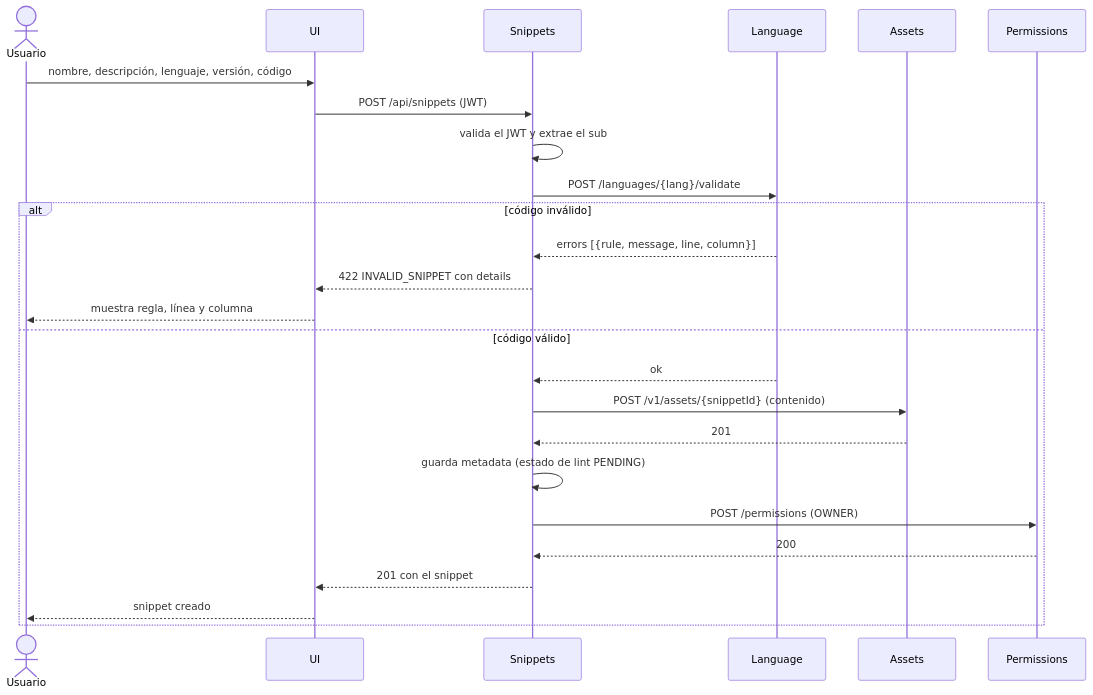
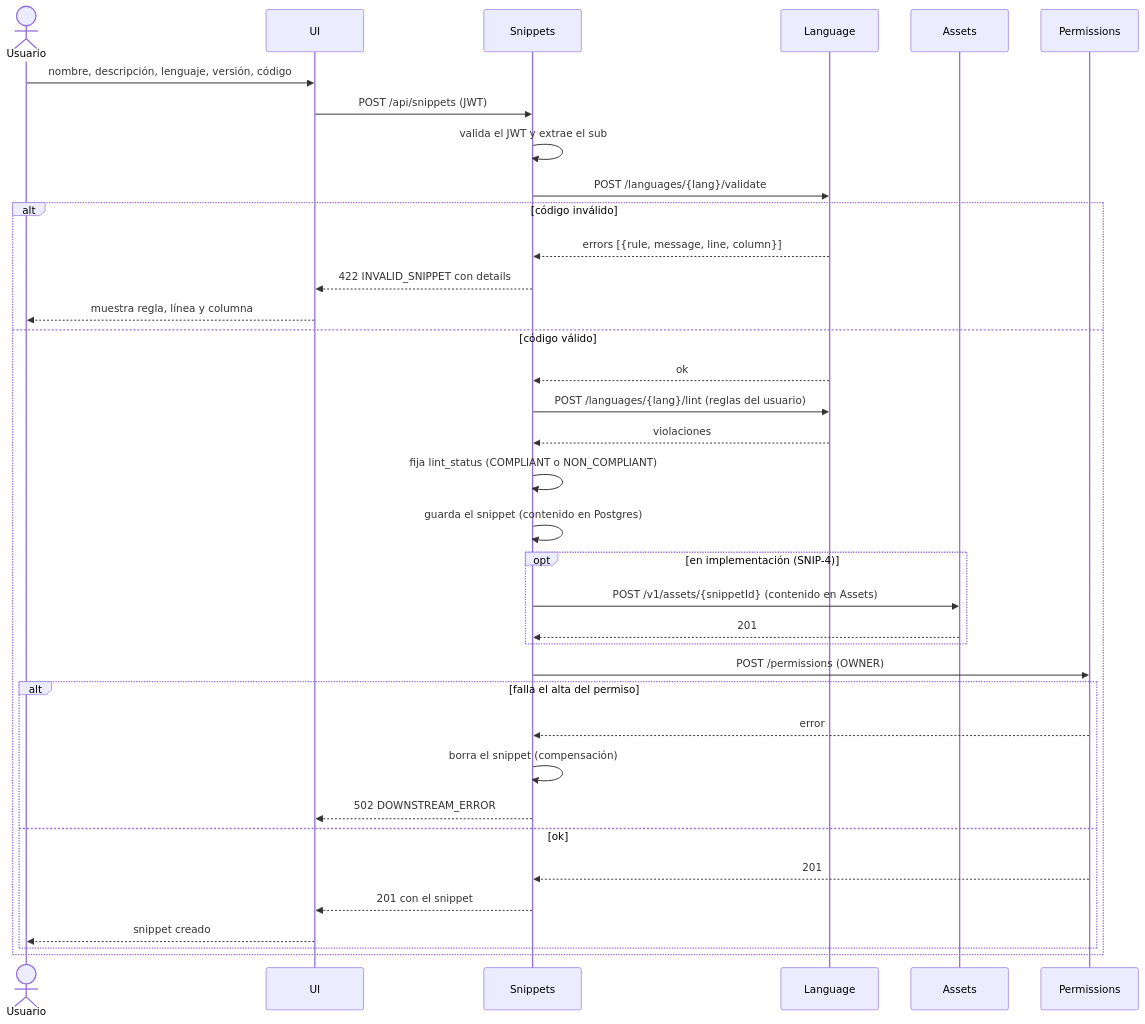
Before and after one commit to TP1-2-INGSIS/snippet-searcher-infra: the first of 6 diagrams in docs/secuencias.md, drawn with Mermaid. The commit also changed other lines of this file and 3 other files, not shown here.

````diff
--- a/docs/secuencias.md
+++ b/docs/secuencias.md
@@ -9,28 +9,39 @@
 ```mermaid
 sequenceDiagram
     actor U as Usuario
     participant UI as UI
     participant S as Snippets
     participant L as Language
     participant A as Assets
     participant P as Permissions
 
     U->>UI: nombre, descripción, lenguaje, versión, código
     UI->>S: POST /api/snippets (JWT)
     S->>S: valida el JWT y extrae el sub
     S->>L: POST /languages/{lang}/validate
     alt código inválido
         L-->>S: errors [{rule, message, line, column}]
         S-->>UI: 422 INVALID_SNIPPET con details
         UI-->>U: muestra regla, línea y columna
     else código válido
         L-->>S: ok
-        S->>A: POST /v1/assets/{snippetId} (contenido)
-        A-->>S: 201
-        S->>S: guarda metadata (estado de lint PENDING)
+        S->>L: POST /languages/{lang}/lint (reglas del usuario)
+        L-->>S: violaciones
+        S->>S: fija lint_status (COMPLIANT o NON_COMPLIANT)
+        S->>S: guarda el snippet (contenido en Postgres)
+        opt en implementación (SNIP-4)
+            S->>A: POST /v1/assets/{snippetId} (contenido en Assets)
+            A-->>S: 201
+        end
         S->>P: POST /permissions (OWNER)
-        P-->>S: 200
-        S-->>UI: 201 con el snippet
-        UI-->>U: snippet creado
+        alt falla el alta del permiso
+            P-->>S: error
+            S->>S: borra el snippet (compensación)
+            S-->>UI: 502 DOWNSTREAM_ERROR
+        else ok
+            P-->>S: 201
+            S-->>UI: 201 con el snippet
+            UI-->>U: snippet creado
+        end
     end
 ```
````
